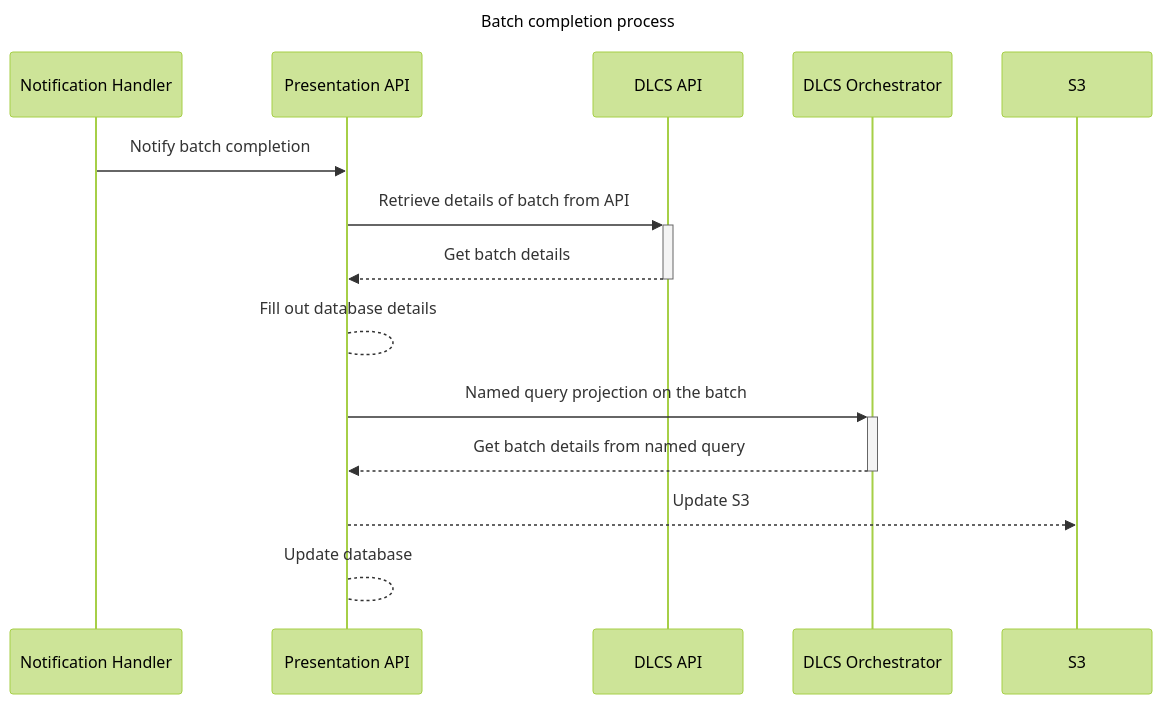
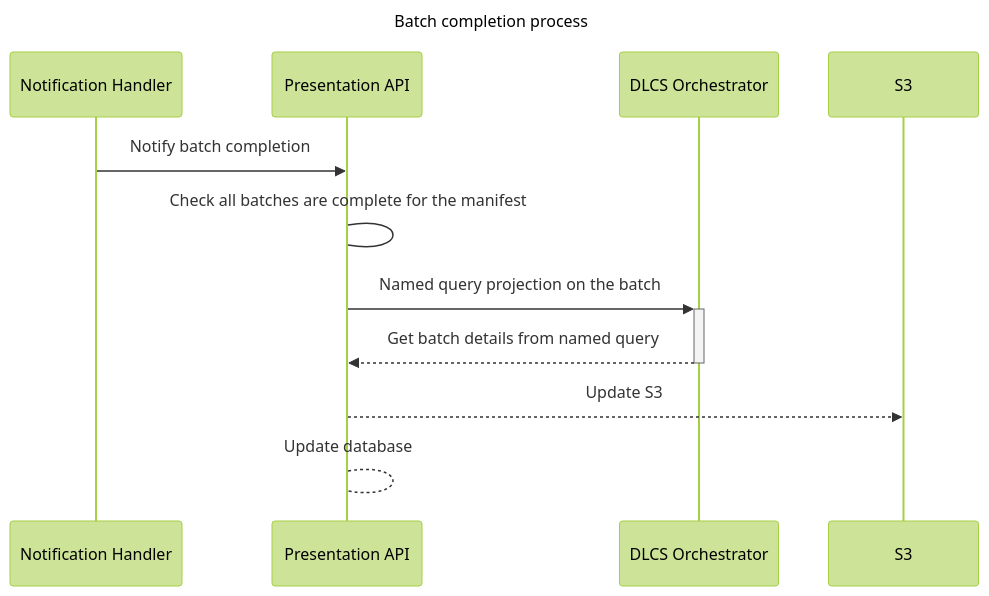
Before and after one commit to dlcs/iiif-presentation: the diagram in docs/rfcs/0002-batch-completion.md, drawn with Mermaid (forest theme). The commit also changed other lines of this file, not shown here.

````diff
--- a/docs/rfcs/0002-batch-completion.md
+++ b/docs/rfcs/0002-batch-completion.md
@@ -20,19 +19,16 @@
 ```mermaid
 ---
 title: Batch completion process
 ---
 sequenceDiagram
     participant NH as Notification Handler 
     participant P as Presentation API
-    participant DA as DLCS API
     participant DO as DLCS Orchestrator
     participant S as S3
-    NH ->> P: Notify batch completion 
-    P ->>+ DA: Retrieve details of batch from API
-    DA -->>- P: Get batch details
-    P --> P: Fill out database details
+    NH ->> P: Notify batch completion
+    P -> P: Check all batches are complete for the manifest
     P ->>+ DO: Named query projection on the batch
     DO -->>- P: Get batch details from named query
     P -->> S: Update S3
     P --> P: Update database
 ```
````
